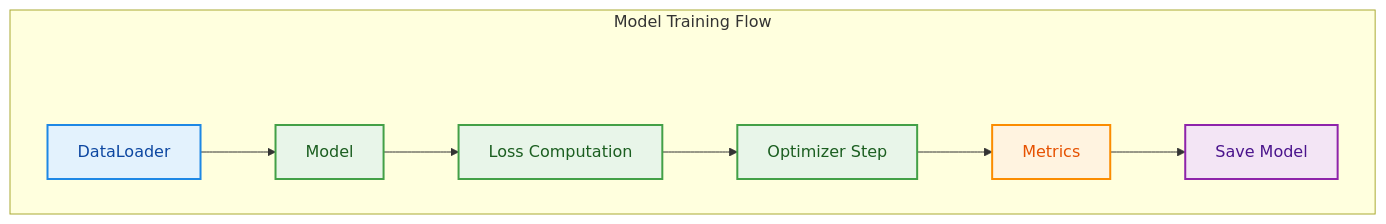
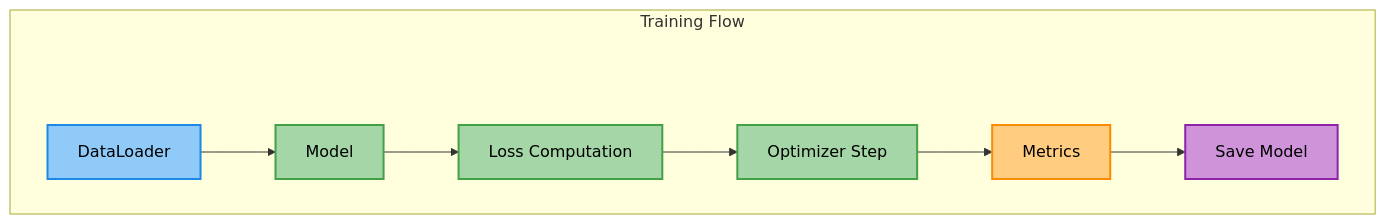
One commit to MugundhanSM/cats-dogs-mlops changed the third of 6 diagrams in Readme.md. Above: the diagram before and after it, drawn with Mermaid. The commit also changed other lines of this file, not shown here.

````diff
--- a/Readme.md
+++ b/Readme.md
@@ -433,29 +434,30 @@
 ```mermaid
 flowchart LR
 
 %% ---------- STYLES ----------
-classDef data fill:#E3F2FD,stroke:#1E88E5,stroke-width:2,color:#0D47A1;
-classDef train fill:#E8F5E9,stroke:#43A047,stroke-width:2,color:#1B5E20;
-classDef eval fill:#FFF3E0,stroke:#FB8C00,stroke-width:2,color:#E65100;
-classDef output fill:#F3E5F5,stroke:#8E24AA,stroke-width:2,color:#4A148C;
+classDef data fill:#90CAF9,stroke:#1E88E5,stroke-width:2px,color:#000;
+classDef train fill:#A5D6A7,stroke:#43A047,stroke-width:2px,color:#000;
+classDef eval fill:#FFCC80,stroke:#FB8C00,stroke-width:2px,color:#000;
+classDef output fill:#CE93D8,stroke:#8E24AA,stroke-width:2px,color:#000;
 classDef spacer fill:none,stroke:none,color:none;
 
 %% ---------- TRAINING PIPELINE ----------
-subgraph TRAIN["Model Training Flow"]
+subgraph TRAIN["Training Flow"]
 direction LR
 S1[" "]:::spacer
 
 A[DataLoader] --> B[Model]
 B --> C[Loss Computation]
 C --> D[Optimizer Step]
 D --> E[Metrics]
 E --> F[Save Model]
 
 end
 
 %% ---------- CLASS ASSIGNMENT ----------
 class A data;
 class B,C,D train;
 class E eval;
 class F output;
+class S1 spacer;
 ```
````
